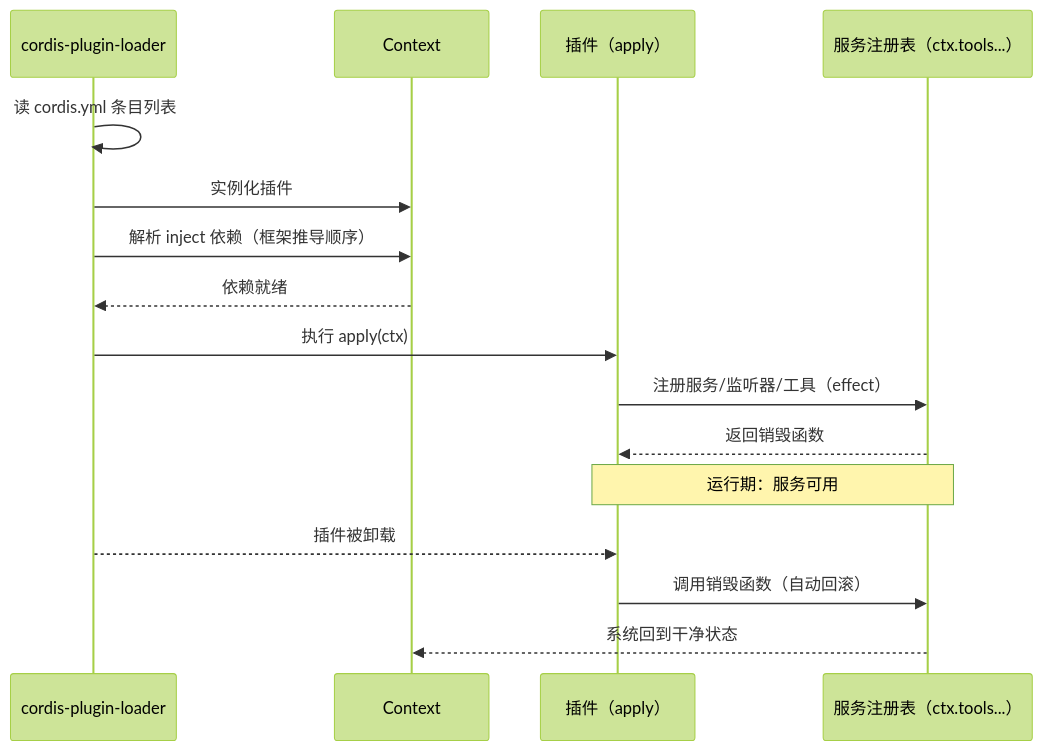
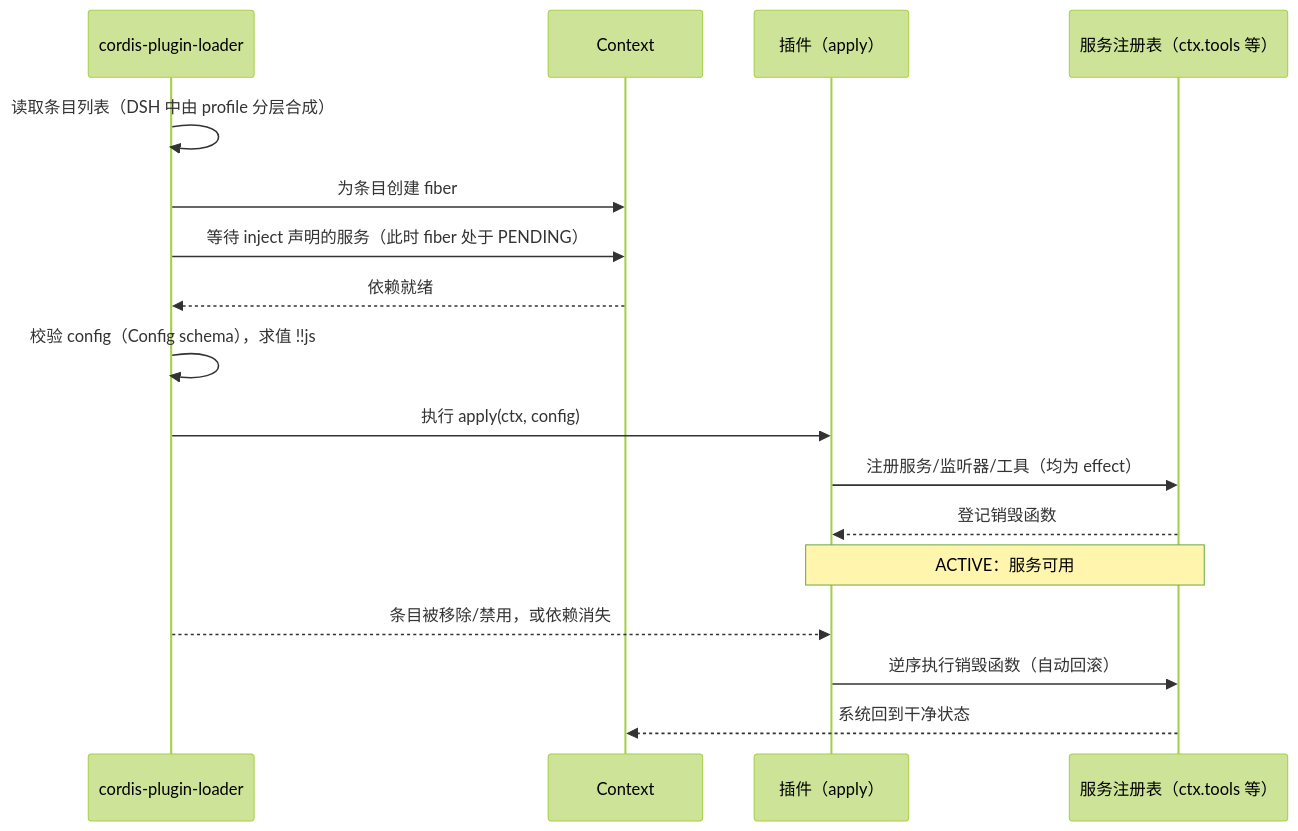
The second of 2 diagrams in 03-Cordis插件框架基础.md (vinthuy/deepseek-harness-book), drawn with Mermaid (forest theme) before and after one commit. The commit also changed other lines of this file and 24 other files, not shown here.

````diff
--- a/03-Cordis插件框架基础.md
+++ b/03-Cordis插件框架基础.md
@@ -128,18 +188,19 @@
 ```mermaid
 sequenceDiagram
     participant L as cordis-plugin-loader
     participant C as Context
     participant P as 插件（apply）
-    participant S as 服务注册表（ctx.tools...）
-    L->>L: 读 cordis.yml 条目列表
-    L->>C: 实例化插件
-    L->>C: 解析 inject 依赖（框架推导顺序）
+    participant S as 服务注册表（ctx.tools 等）
+    L->>L: 读取条目列表（DSH 中由 profile 分层合成）
+    L->>C: 为条目创建 fiber
+    L->>C: 等待 inject 声明的服务（此时 fiber 处于 PENDING）
     C-->>L: 依赖就绪
-    L->>P: 执行 apply(ctx)
-    P->>S: 注册服务/监听器/工具（effect）
-    S-->>P: 返回销毁函数
-    Note over P,S: 运行期：服务可用
-    L-->>P: 插件被卸载
-    P->>S: 调用销毁函数（自动回滚）
+    L->>L: 校验 config（Config schema），求值 !!js
+    L->>P: 执行 apply(ctx, config)
+    P->>S: 注册服务/监听器/工具（均为 effect）
+    S-->>P: 登记销毁函数
+    Note over P,S: ACTIVE：服务可用
+    L-->>P: 条目被移除/禁用，或依赖消失
+    P->>S: 逆序执行销毁函数（自动回滚）
     S-->>C: 系统回到干净状态
 ```
````
